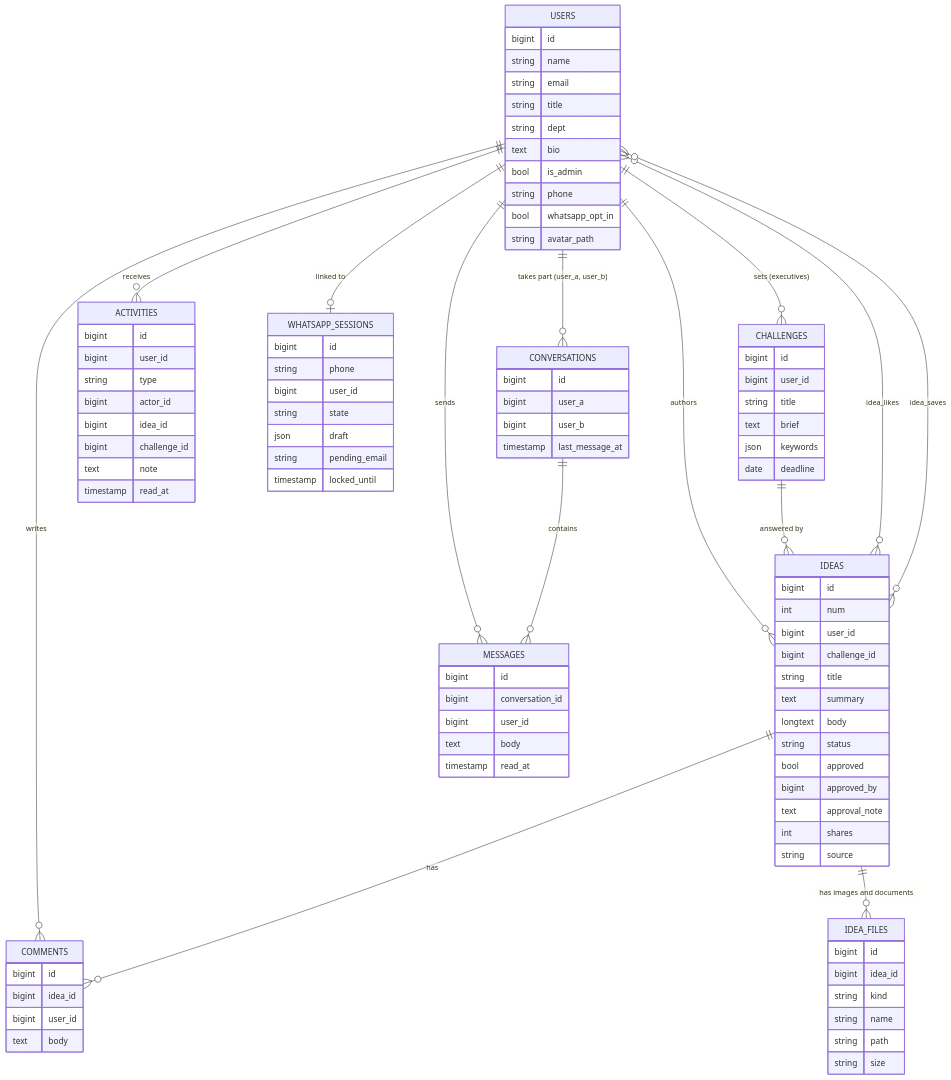
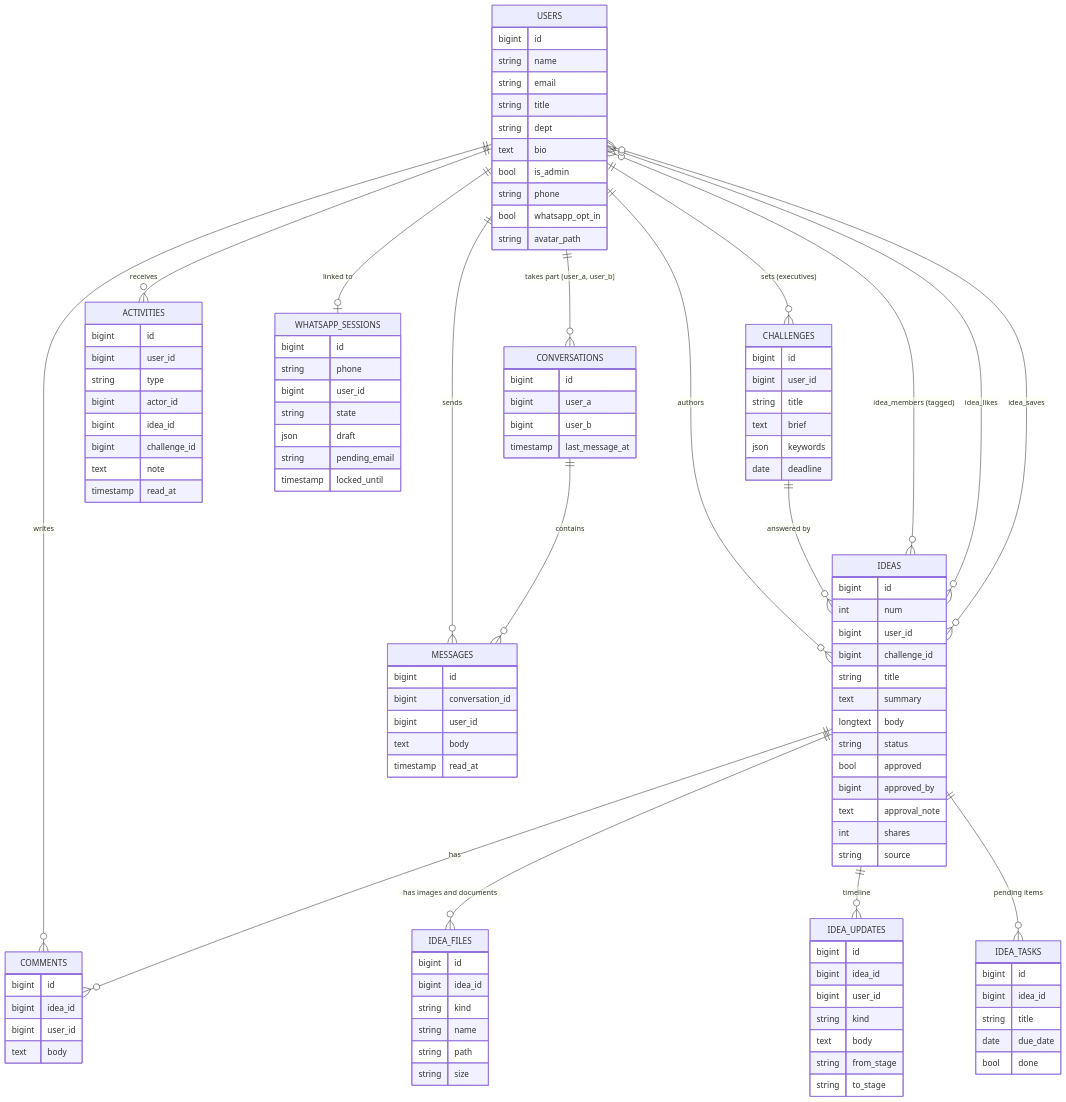
The third of 18 diagrams in docs/DOCUMENTATION.md (Nqobileee/zb-idea-manager), drawn with Mermaid before and after one commit. The commit also changed other lines of this file and 19 other files, not shown here.

```diff
--- a/docs/DOCUMENTATION.md
+++ b/docs/DOCUMENTATION.md
@@ -135,6 +143,9 @@
     CHALLENGES ||--o{ IDEAS : "answered by"
     IDEAS ||--o{ COMMENTS : has
     IDEAS ||--o{ IDEA_FILES : "has images and documents"
+    IDEAS ||--o{ IDEA_UPDATES : "timeline"
+    IDEAS ||--o{ IDEA_TASKS : "pending items"
+    IDEAS }o--o{ USERS : "idea_members (tagged)"
     IDEAS }o--o{ USERS : "idea_likes"
     IDEAS }o--o{ USERS : "idea_saves"
     CONVERSATIONS ||--o{ MESSAGES : contains
@@ -182,6 +193,22 @@
         string path
         string size
     }
+    IDEA_UPDATES {
+        bigint id
+        bigint idea_id
+        bigint user_id
+        string kind
+        text body
+        string from_stage
+        string to_stage
+    }
+    IDEA_TASKS {
+        bigint id
+        bigint idea_id
+        string title
+        date due_date
+        bool done
+    }
     COMMENTS {
         bigint id
         bigint idea_id
```
